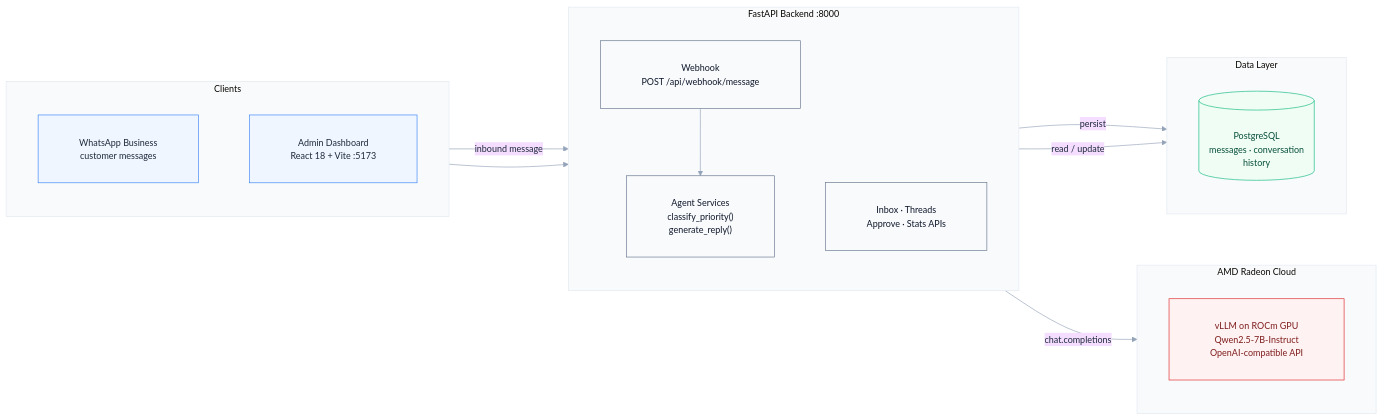
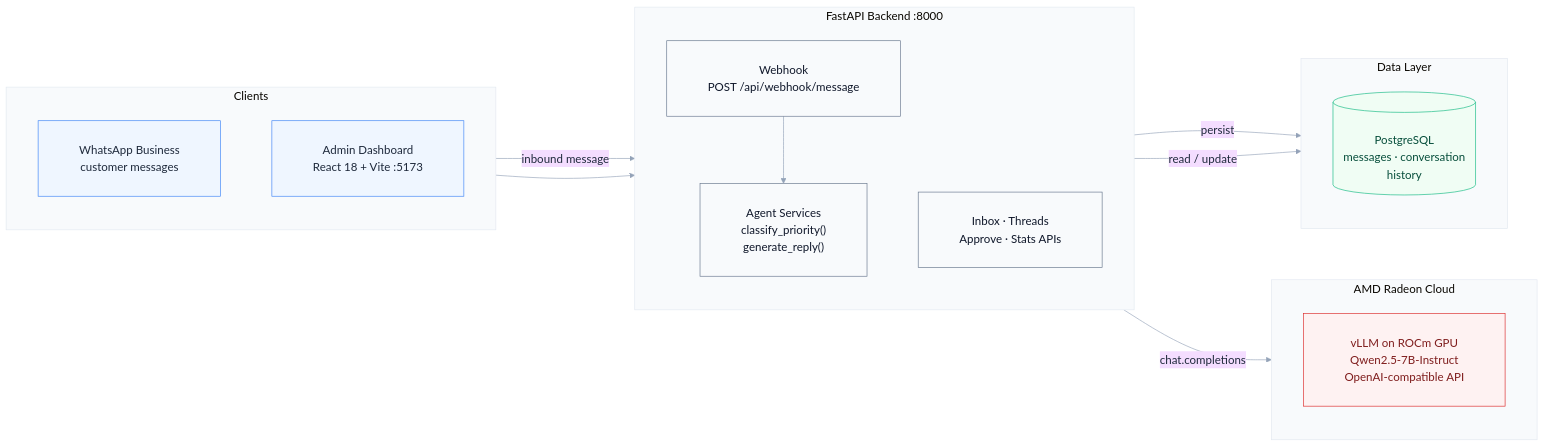
Before and after one commit to Qisanxi/Whatsapp_priority_agent: the first of 2 diagrams in README.md, drawn with Mermaid. The commit also changed other lines of this file, not shown here.

Commit message:
Increase mermaid diagram font size for readability
- fontSize 14px -> 18px in both diagrams
- add wrappingWidth 280 so labels wrap at explicit breaks only
(no orphaned words inside blocks)

````diff
--- a/README.md
+++ b/README.md
@@ -29,42 +29,42 @@
 ```mermaid
-%%{init: {"theme":"base","themeVariables":{"fontSize":"14px","primaryTextColor":"#1E293B","lineColor":"#94A3B8","clusterBkg":"#F8FAFC","clusterBorder":"#E2E8F0"},"flowchart":{"curve":"basis","padding":32,"nodeSpacing":80,"rankSpacing":80,"htmlLabels":true}}}%%
+%%{init: {"theme":"base","themeVariables":{"fontSize":"18px","primaryTextColor":"#1E293B","lineColor":"#94A3B8","clusterBkg":"#F8FAFC","clusterBorder":"#E2E8F0"},"flowchart":{"curve":"basis","padding":32,"nodeSpacing":80,"rankSpacing":80,"htmlLabels":true,"wrappingWidth":280}}}%%
 flowchart LR
     subgraph CLIENTS["Clients"]
         direction TB
         WA["WhatsApp Business<br/>customer messages"]
         UI["Admin Dashboard<br/>React 18 + Vite :5173"]
     end
 
     subgraph BE["FastAPI Backend :8000"]
         direction TB
         HOOK["Webhook<br/>POST /api/webhook/message"]
         AGENT["Agent Services<br/>classify_priority()<br/>generate_reply()"]
         ADMIN["Inbox · Threads<br/>Approve · Stats APIs"]
     end
 
     subgraph AMD["AMD Radeon Cloud"]
         direction TB
         VLLM["vLLM on ROCm GPU<br/>Qwen2.5-7B-Instruct<br/>OpenAI-compatible API"]
     end
 
     subgraph DB["Data Layer"]
         direction TB
         PG[("PostgreSQL<br/>messages · conversation<br/>history")]
     end
 
     WA -->|"inbound message"| HOOK
     HOOK --> AGENT
     AGENT -->|"chat.completions"| VLLM
     HOOK -->|"persist"| PG
     UI --> ADMIN
     ADMIN -->|"read / update"| PG
 
     classDef client fill:#EFF6FF,stroke:#3B82F6,color:#1E293B
     classDef api fill:#F8FAFC,stroke:#64748B,color:#0F172A
     classDef ai fill:#FEF2F2,stroke:#DC2626,color:#7F1D1D
     classDef store fill:#F0FDF4,stroke:#10B981,color:#064E3B
     class WA,UI client
     class HOOK,AGENT,ADMIN api
     class VLLM ai
     class PG store
 ```
````
